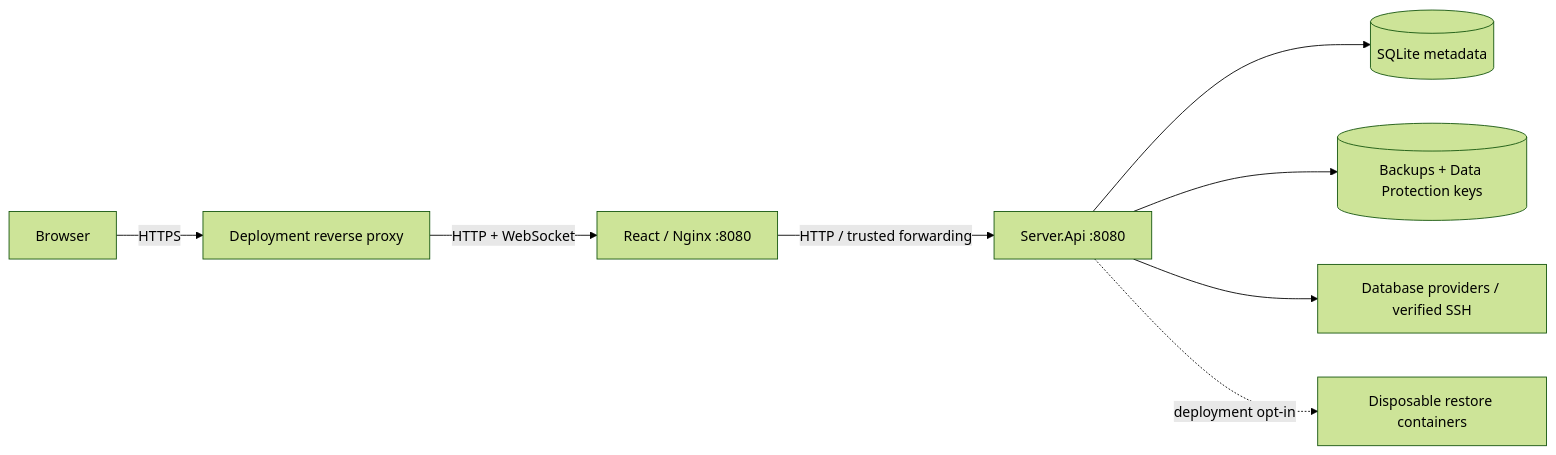
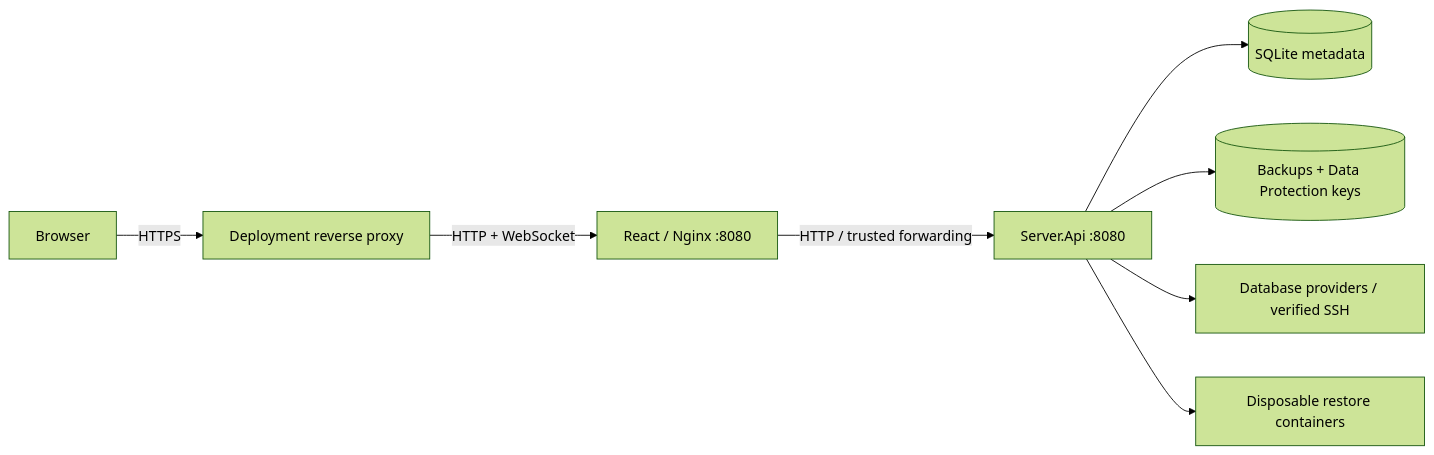
The diagram in docs/ARCHITECTURE.md (Lewan24/OctoBackup), drawn with Mermaid (forest theme) before and after one commit. The commit also changed 18 other files, not shown here.

````diff
--- a/docs/ARCHITECTURE.md
+++ b/docs/ARCHITECTURE.md
@@ -10,10 +10,10 @@
 ```mermaid
 flowchart LR
     Browser -->|HTTPS| Edge[Deployment reverse proxy]
     Edge -->|HTTP + WebSocket| Web[React / Nginx :8080]
     Web -->|HTTP / trusted forwarding| API[Server.Api :8080]
     API --> Metadata[(SQLite metadata)]
     API --> Files[(Backups + Data Protection keys)]
     API --> Sources[Database providers / verified SSH]
-    API -. deployment opt-in .-> Runner[Disposable restore containers]
+    API --> Runner[Disposable restore containers]
 ```
````
